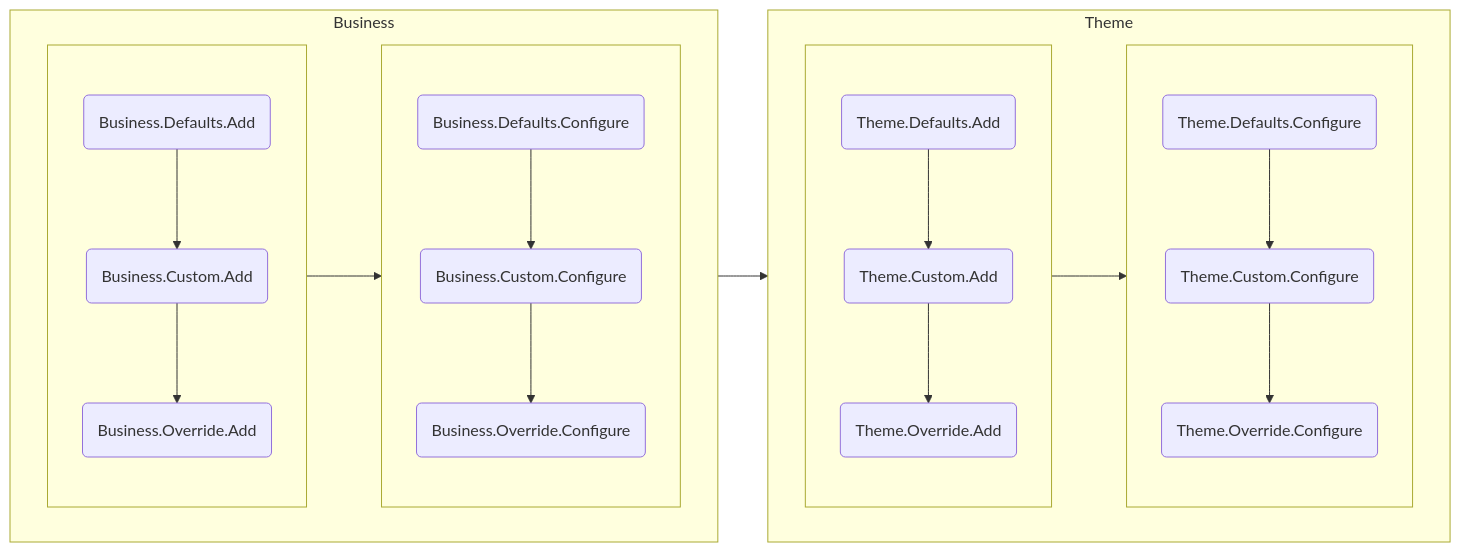
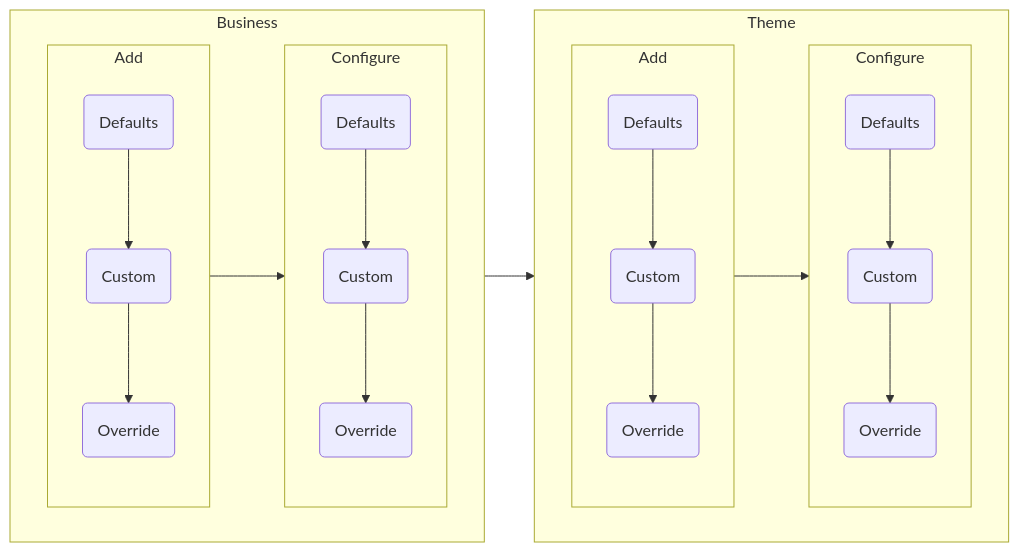
One commit to mouseless/baked changed the second of 2 diagrams in docs/recipes/monolith.md. Above: the diagram before and after it, drawn with Mermaid. The commit also changed 4 other files, not shown here.

````diff
--- a/docs/recipes/monolith.md
+++ b/docs/recipes/monolith.md
@@ -142,47 +142,47 @@
 ```mermaid
 flowchart LR
 
-  BDA(Business.Defaults.Add)
-  BCA(Business.Custom.Add)
-  BOA(Business.Override.Add)
+  BDA(Defaults)
+  BCA(Custom)
+  BOA(Override)
 
-  BDC(Business.Defaults.Configure)
-  BCC(Business.Custom.Configure)
-  BOC(Business.Override.Configure)
+  BDC(Defaults)
+  BCC(Custom)
+  BOC(Override)
 
-  TDA(Theme.Defaults.Add)
-  TCA(Theme.Custom.Add)
-  TOA(Theme.Override.Add)
+  TDA(Defaults)
+  TCA(Custom)
+  TOA(Override)
 
-  TDC(Theme.Defaults.Configure)
-  TCC(Theme.Custom.Configure)
-  TOC(Theme.Override.Configure)
+  TDC(Defaults)
+  TCC(Custom)
+  TOC(Override)
 
   subgraph Business
     direction LR
-    subgraph BA[ ]
+    subgraph BA[Add]
       direction TD
       BDA --> BCA --> BOA
     end
-    subgraph BC[ ]
+    subgraph BC[Configure]
       direction TD
       BDC --> BCC --> BOC
     end
-  end  
+  end
 
   subgraph Theme
     direction LR
-    subgraph TA[ ]
+    subgraph TA[Add]
       direction TD
       TDA --> TCA --> TOA
     end
-    subgraph TC[ ]
+    subgraph TC[Configure]
       direction TD
       TDC --> TCC --> TOC
     end
-  end  
+  end
 
-  BA --> BC 
+  BA --> BC
   TA --> TC
   Business --> Theme
 ```
````
